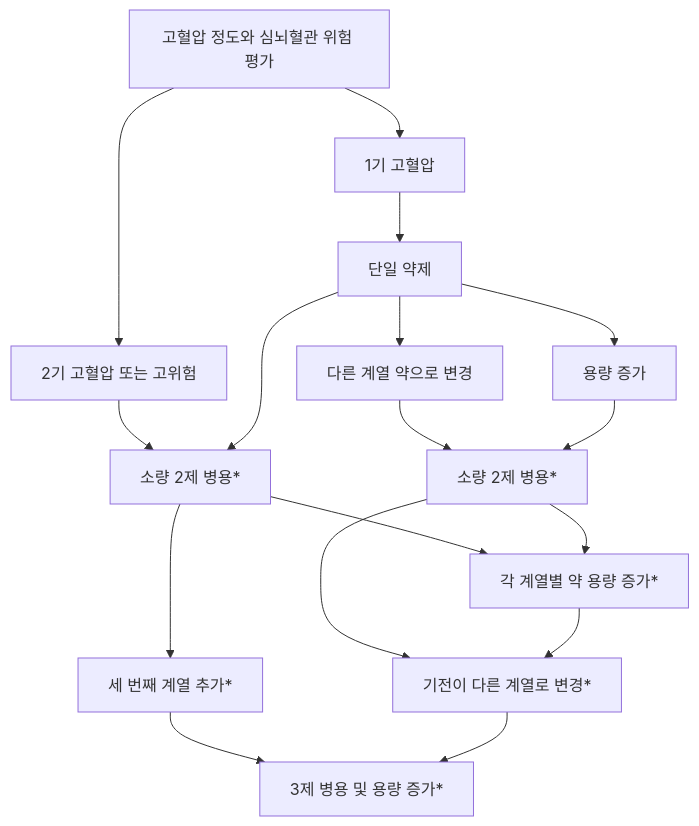
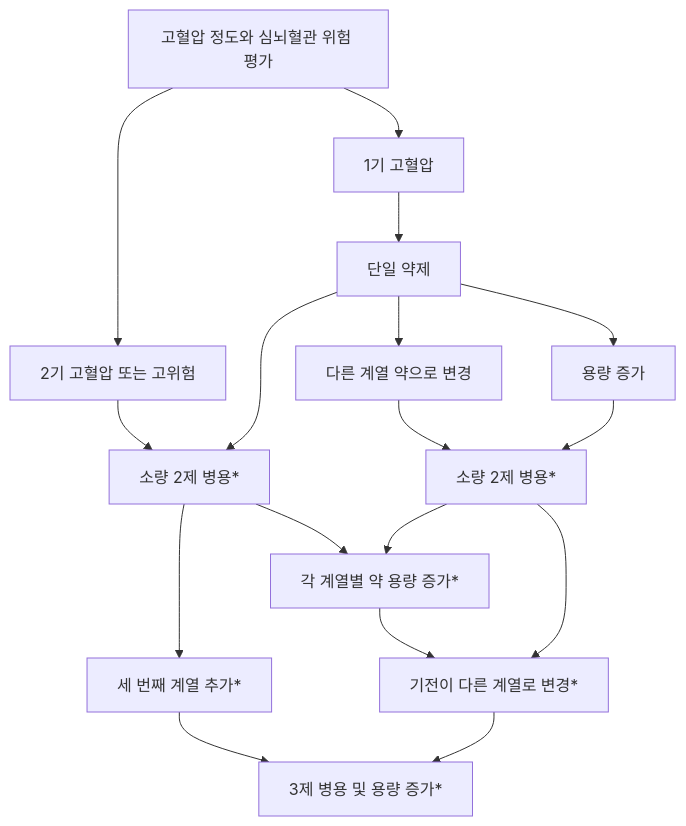
Before and after one commit to familyoh77/familyoh77: the third of 11 diagrams in 225_/095_-hypertension.md, drawn with Mermaid. The commit also changed other lines of this file, not shown here.

````diff
--- a/225_/095_-hypertension.md
+++ b/225_/095_-hypertension.md
@@ -423,45 +426,46 @@
 ```mermaid
 graph TD
     Start["고혈압 정도와 심뇌혈관 위험 평가"]
     
     Step1["1기 고혈압"]
     Step2["2기 고혈압 또는 고위험"]
     
     Single["단일 약제"]
     Dual1["소량 2제 병용*"]
     
     Change["다른 계열 약으로 변경"]
     Increase["용량 증가"]
     
     Dual2["소량 2제 병용*"]
     
     IncEach["각 계열별 약 용량 증가*"]
     AddThird["세 번째 계열 추가*"]
     
     ChangeDiff["기전이 다른 계열로 변경*"]
     Triple["3제 병용 및 용량 증가*"]
 
     %% 흐름 연결
     Start --> Step1
     Start --> Step2
     
     Step1 --> Single
     Step2 --> Dual1
     
     Single --> Dual1
     Single --> Change
     Single --> Increase
     
     Dual1 --> IncEach
     Dual1 --> AddThird
     
     Change --> Dual2
     Increase --> Dual2
     
     Dual2 --> IncEach
-    Dual2 --> ChangeDiff
+
     
     IncEach --> ChangeDiff
     AddThird --> Triple
+        Dual2 --> ChangeDiff
     ChangeDiff --> Triple
 ```
````
